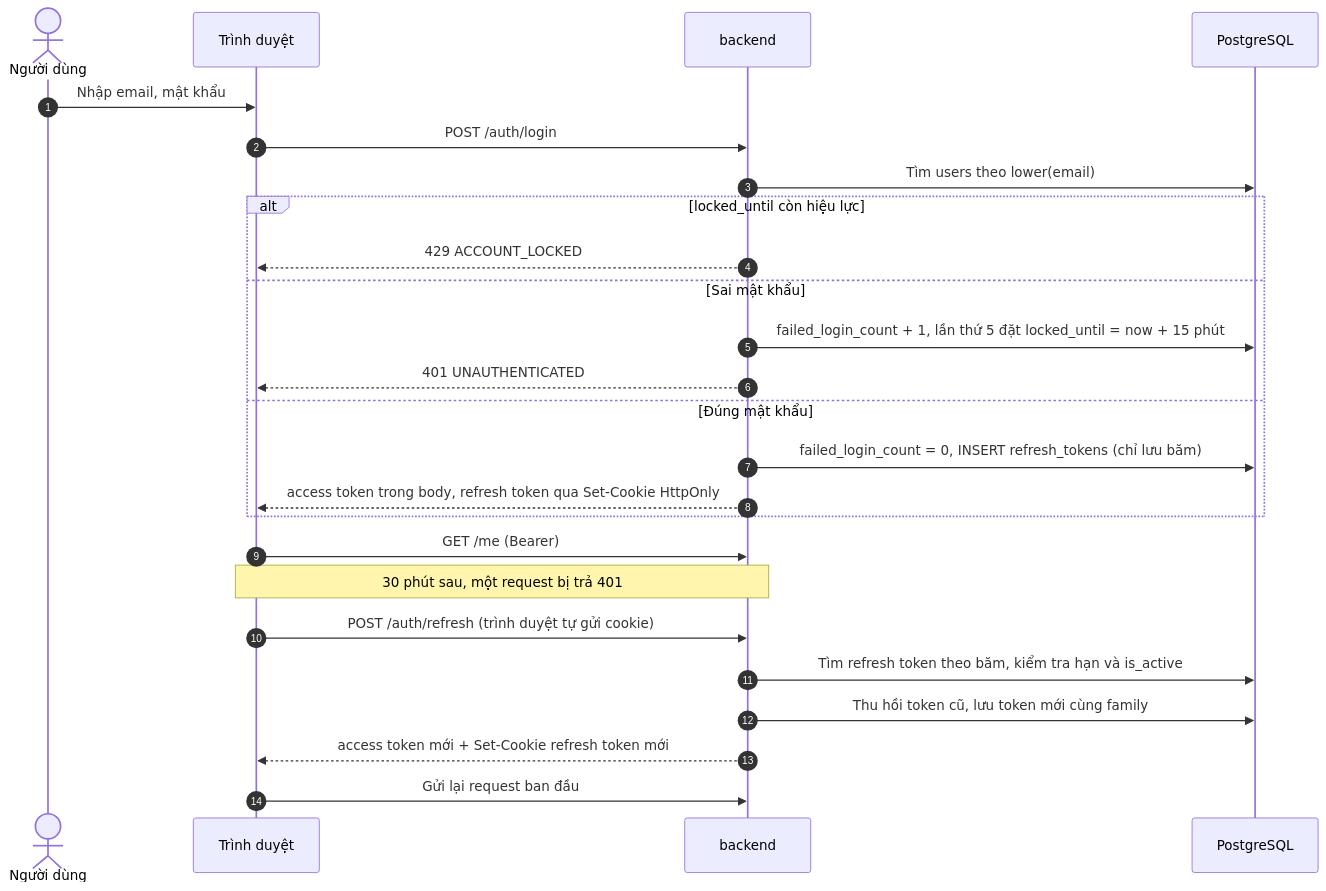
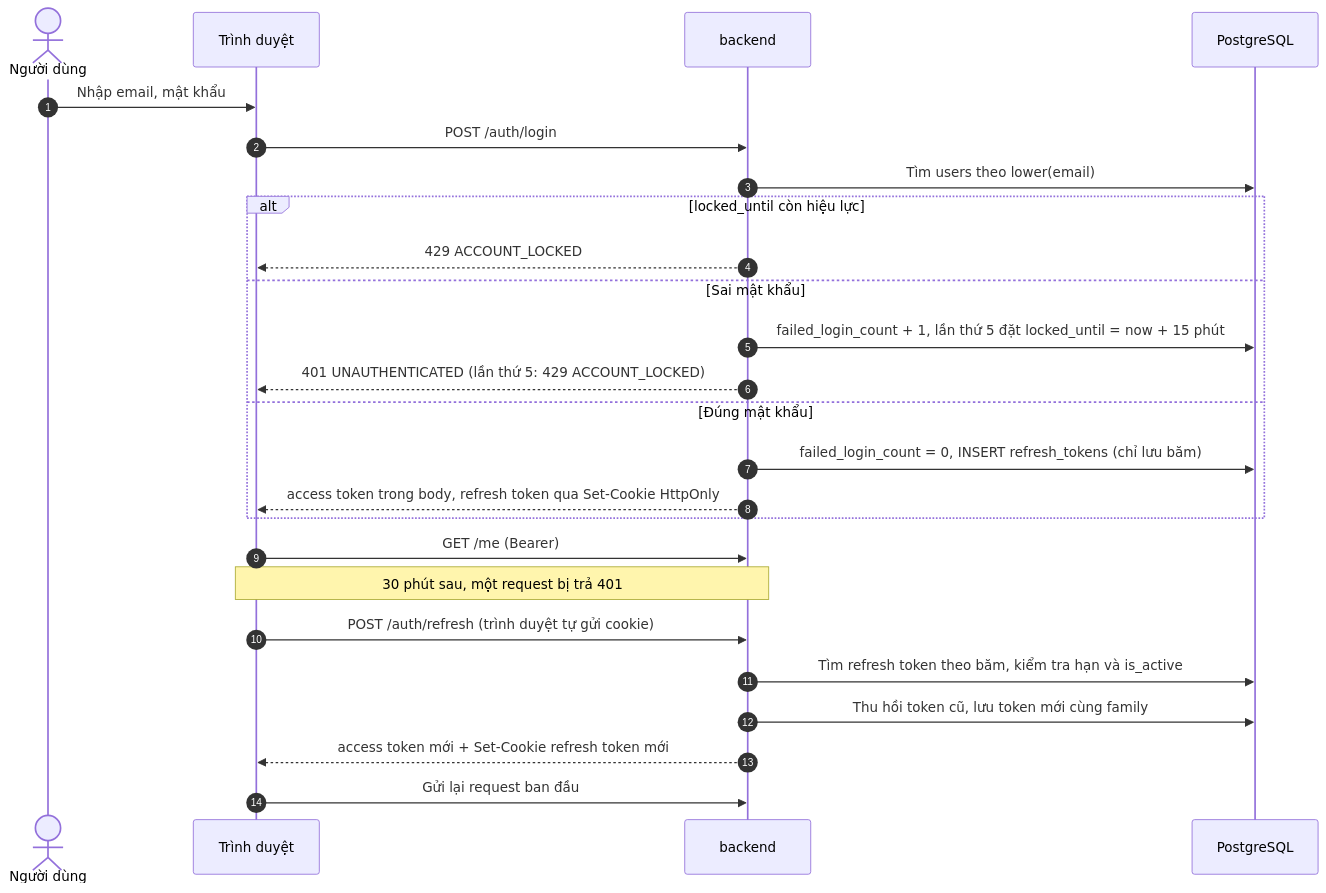
One commit to phamtuanviet/DACN_23020172 changed the eighth of 13 diagrams in docs/System Design — Hệ thống đặt lịch khám bệnh tích hợp AI Agent.md. Above: the diagram before and after it, drawn with Mermaid. The commit also changed other lines of this file and 31 other files, not shown here.

First line of the commit message:
feat(backend): schema 18 bảng, đăng ký đăng nhập và dữ liệu mẫu

````diff
--- a/docs/System Design — Hệ thống đặt lịch khám bệnh tích hợp AI Agent.md
+++ b/docs/System Design — Hệ thống đặt lịch khám bệnh tích hợp AI Agent.md
@@ -973,27 +973,27 @@
 ```mermaid
 sequenceDiagram
     autonumber
     actor U as Người dùng
     participant FE as Trình duyệt
     participant API as backend
     participant DB as PostgreSQL
     U->>FE: Nhập email, mật khẩu
     FE->>API: POST /auth/login
     API->>DB: Tìm users theo lower(email)
     alt locked_until còn hiệu lực
         API-->>FE: 429 ACCOUNT_LOCKED
     else Sai mật khẩu
         API->>DB: failed_login_count + 1, lần thứ 5 đặt locked_until = now + 15 phút
-        API-->>FE: 401 UNAUTHENTICATED
+        API-->>FE: 401 UNAUTHENTICATED (lần thứ 5: 429 ACCOUNT_LOCKED)
     else Đúng mật khẩu
         API->>DB: failed_login_count = 0, INSERT refresh_tokens (chỉ lưu băm)
         API-->>FE: access token trong body, refresh token qua Set-Cookie HttpOnly
     end
     FE->>API: GET /me (Bearer)
     Note over FE,API: 30 phút sau, một request bị trả 401
     FE->>API: POST /auth/refresh (trình duyệt tự gửi cookie)
     API->>DB: Tìm refresh token theo băm, kiểm tra hạn và is_active
     API->>DB: Thu hồi token cũ, lưu token mới cùng family
     API-->>FE: access token mới + Set-Cookie refresh token mới
     FE->>API: Gửi lại request ban đầu
 ```
````
